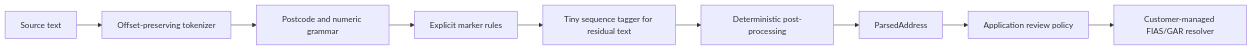
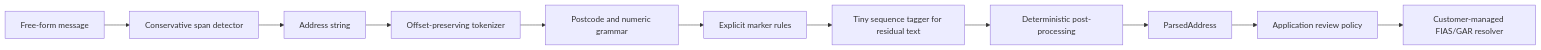
One commit to shigabeev/address-normalizer changed the diagram in README.md. Above: the diagram before and after it, drawn with Mermaid. The commit also changed other lines of this file and 21 other files, not shown here.

Commit message:
Add message address detection and failure diagnostics

````diff
--- a/README.md
+++ b/README.md
@@ -92,11 +93,13 @@
 ```mermaid
 flowchart LR
-    A["Source text"] --> B["Offset-preserving tokenizer"]
-    B --> C["Postcode and numeric grammar"]
-    C --> D["Explicit marker rules"]
-    D --> E["Tiny sequence tagger for residual text"]
-    E --> F["Deterministic post-processing"]
-    F --> G["ParsedAddress"]
-    G --> H["Application review policy"]
-    H --> I["Customer-managed FIAS/GAR resolver"]
+    A["Address string"] --> C["Offset-preserving tokenizer"]
+    M["Free-form message"] --> B["Conservative span detector"]
+    B --> A
+    C --> D["Postcode and numeric grammar"]
+    D --> E["Explicit marker rules"]
+    E --> F["Tiny sequence tagger for residual text"]
+    F --> G["Deterministic post-processing"]
+    G --> H["ParsedAddress"]
+    H --> I["Application review policy"]
+    I --> J["Customer-managed FIAS/GAR resolver"]
 ```
````
